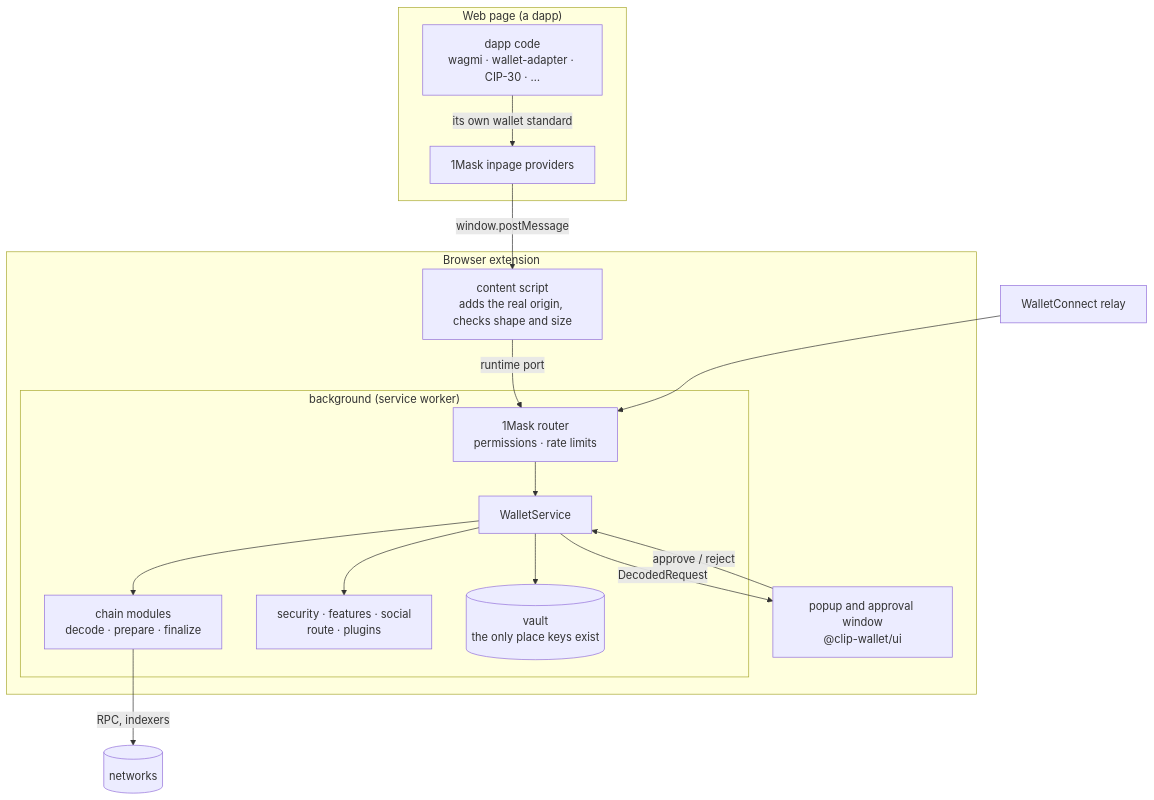
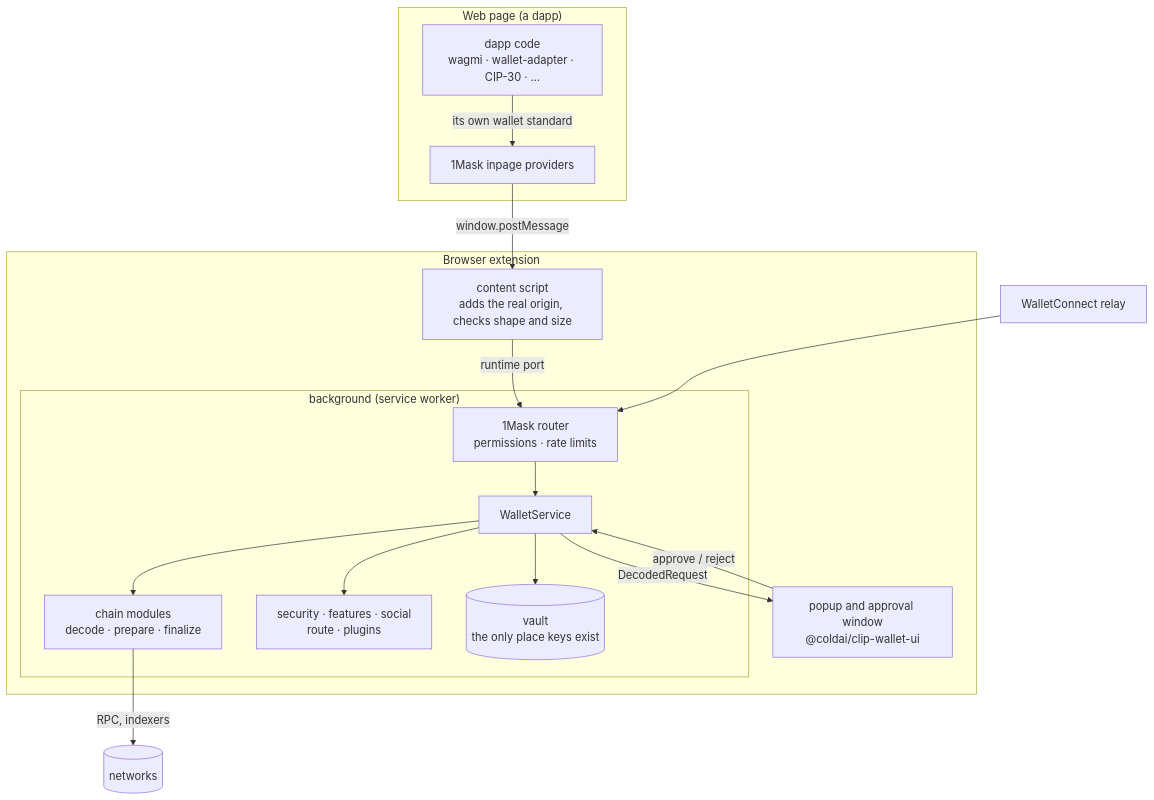
One commit to ColdAI-org/clip-wallet changed the diagram in apps/docs/src/architecture/index.md. Above: the diagram before and after it, drawn with Mermaid. The commit also changed other lines of this file and 1229 other files, not shown here.

First line of the commit message:
build: rename @clip-wallet/<name> to @coldai/clip-wallet-<name>

````diff
--- a/apps/docs/src/architecture/index.md
+++ b/apps/docs/src/architecture/index.md
@@ -9,20 +9,20 @@
 ```mermaid
 flowchart TB
   subgraph Page["Web page (a dapp)"]
     D["dapp code<br/>wagmi · wallet-adapter · CIP-30 · …"] -- "its own wallet standard" --> IP["1Mask inpage providers"]
   end
   subgraph Ext["Browser extension"]
     CS["content script<br/>adds the real origin, checks shape and size"]
     subgraph BG["background (service worker)"]
       R["1Mask router<br/>permissions · rate limits"] --> S["WalletService"]
       S --> CM["chain modules<br/>decode · prepare · finalize"]
       S --> SEC["security · features · social<br/>route · plugins"]
       S --> V[("vault<br/>the only place keys exist")]
     end
-    UI["popup and approval window<br/>@clip-wallet/ui"]
+    UI["popup and approval window<br/>@coldai/clip-wallet-ui"]
   end
   IP -- "window.postMessage" --> CS -- "runtime port" --> R
   S -- "DecodedRequest" --> UI -- "approve / reject" --> S
   CM -- "RPC, indexers" --> N[("networks")]
   WC["WalletConnect relay"] --> R
 ```
````
